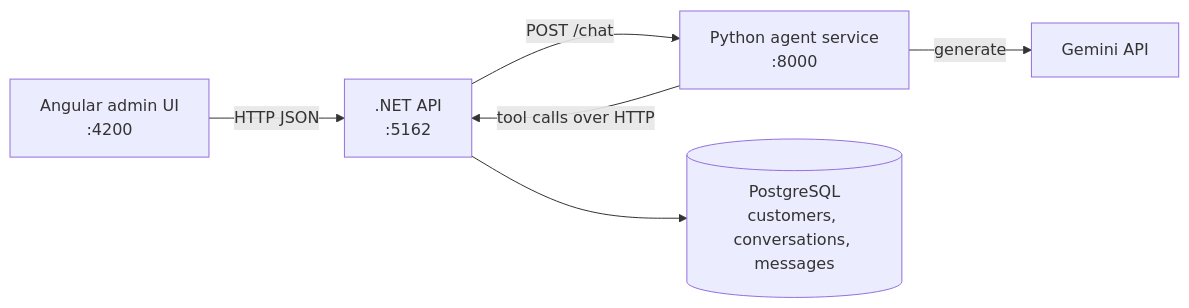
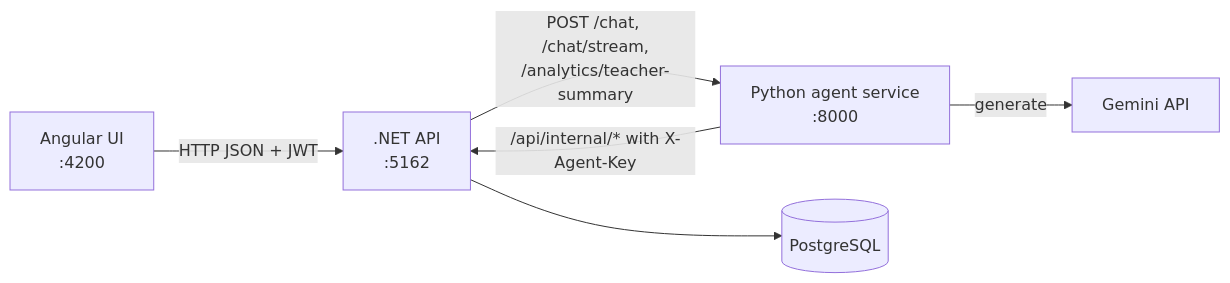
One commit to Rena2414/MLHCustomerSupport changed the diagram in docs/ARCHITECTURE.md. Above: the diagram before and after it, drawn with Mermaid. The commit also changed other lines of this file and 205 other files, not shown here.

````diff
--- a/docs/ARCHITECTURE.md
+++ b/docs/ARCHITECTURE.md
@@ -38,8 +31,8 @@
 ```mermaid
 flowchart LR
-    UI[Angular admin UI<br/>:4200] -->|HTTP JSON| API[.NET API<br/>:5162]
-    API -->|POST /chat| AG[Python agent service<br/>:8000]
-    AG -->|tool calls over HTTP| API
+    UI[Angular UI<br/>:4200] -->|HTTP JSON + JWT| API[.NET API<br/>:5162]
+    API -->|POST /chat, /chat/stream,<br/>/analytics/teacher-summary| AG[Python agent service<br/>:8000]
+    AG -->|/api/internal/* with X-Agent-Key| API
     AG -->|generate| LLM[Gemini API]
-    API --> DB[(PostgreSQL<br/>customers, conversations, messages)]
+    API --> DB[(PostgreSQL)]
 ```
````
